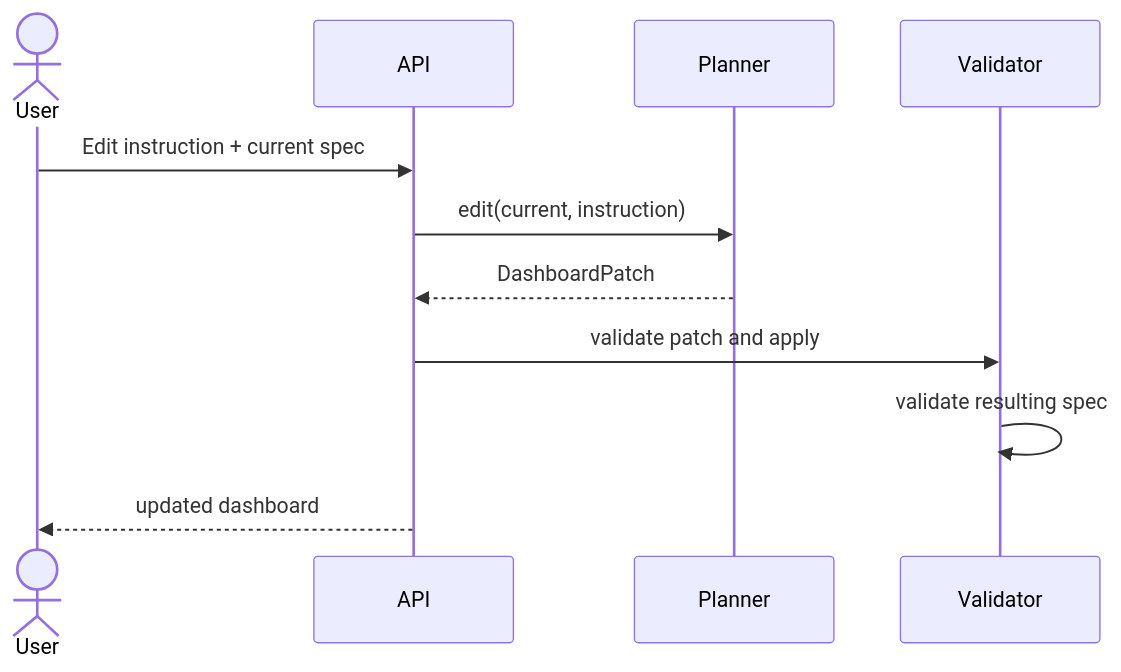
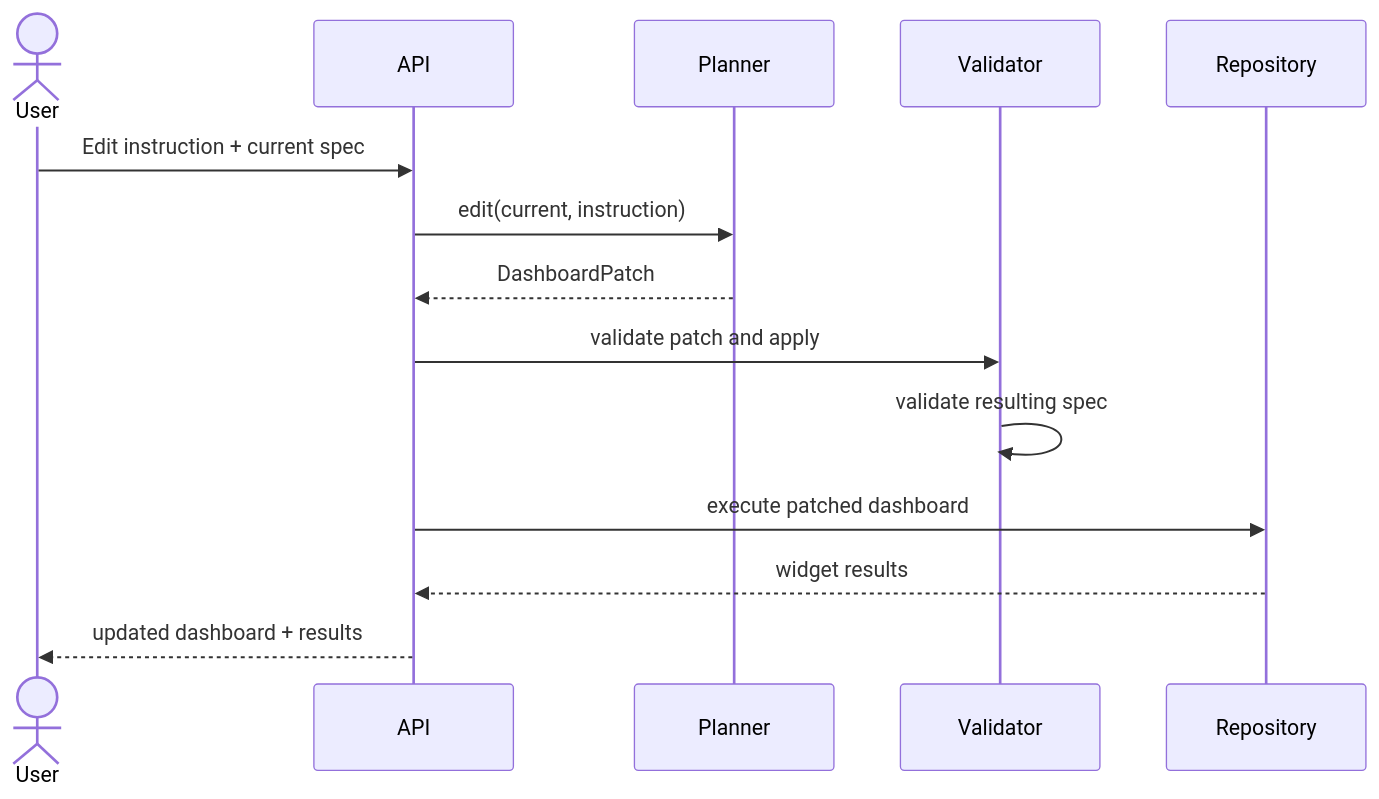
The fourth of 6 diagrams in docs/architecture/diagrams.md (hazemyoussif/el-dabboos-analytics), drawn with Mermaid before and after one commit. The commit also changed other lines of this file and 9 other files, not shown here.

````diff
--- a/docs/architecture/diagrams.md
+++ b/docs/architecture/diagrams.md
@@ -58,13 +63,15 @@
 ```mermaid
 sequenceDiagram
   actor User
   participant API
   participant Planner
   participant Validator
   User->>API: Edit instruction + current spec
   API->>Planner: edit(current, instruction)
   Planner-->>API: DashboardPatch
   API->>Validator: validate patch and apply
   Validator->>Validator: validate resulting spec
-  API-->>User: updated dashboard
+  API->>Repository: execute patched dashboard
+  Repository-->>API: widget results
+  API-->>User: updated dashboard + results
 ```
````
